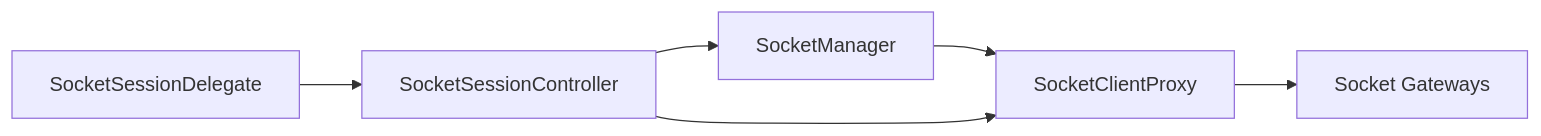
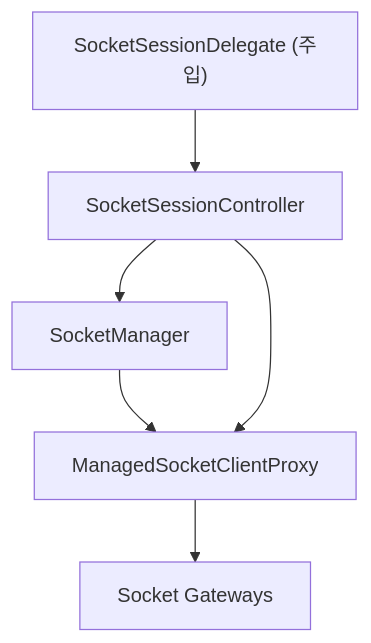
Before and after one commit to lemoncloud-io/dou-app: the first of 2 diagrams in libs/app-runtime/docs/socket/socket.md, drawn with Mermaid. The commit also changed other lines of this file and 5 other files, not shown here.

Commit message:
feat: refactor session and socket management for improved architecture

````diff
--- a/libs/app-runtime/docs/socket/socket.md
+++ b/libs/app-runtime/docs/socket/socket.md
@@ -58,8 +13,10 @@
 ```mermaid
-flowchart LR
-  Manager["SocketManager"] --> Proxy["SocketClientProxy"]
+flowchart TD
+  Manager["SocketManager"] --> Proxy["ManagedSocketClientProxy"]
   Proxy --> Gateways["Socket Gateways"]
+
   Controller["SocketSessionController"] --> Manager
   Controller --> Proxy
-  Delegate["SocketSessionDelegate"] --> Controller
+
+  Delegate["SocketSessionDelegate (주입)"] --> Controller
 ```
````
